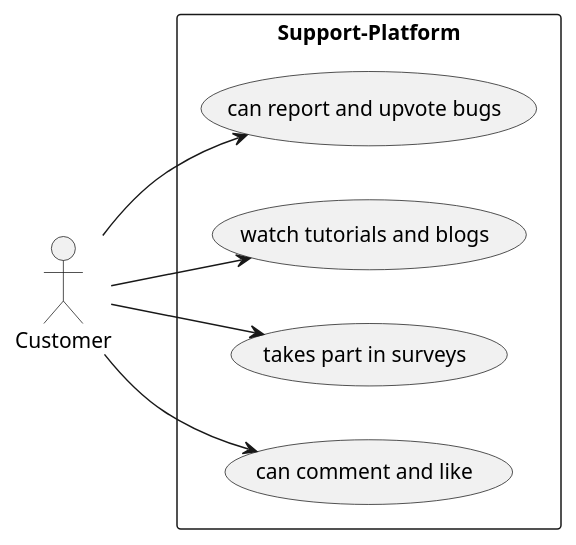
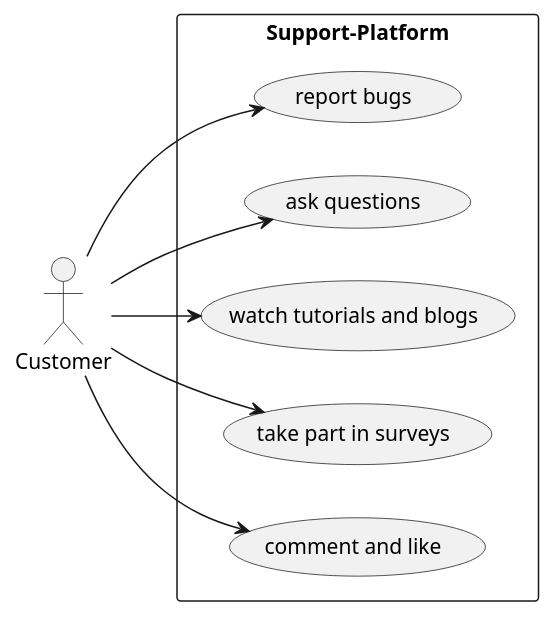
One commit to htl-leonding-project/2022-4ahif-vinitor changed the diagram in asciidocs/plantuml/use_case_customer.puml. Above: the diagram before and after it, drawn with PlantUML. The commit also changed 2 other files, not shown here.

```diff
--- a/asciidocs/plantuml/use_case_customer.puml
+++ b/asciidocs/plantuml/use_case_customer.puml
@@ -1,13 +1,14 @@
 @startuml
 'https://plantuml.com/use-case-diagram
 
 left to right direction
 :Customer:
 
 rectangle Support-Platform{
-Customer -> (can report and upvote bugs)
+Customer -> (report bugs)
+Customer --> (ask questions)
  Customer --> (watch tutorials and blogs)
- Customer --> (takes part in surveys)
- Customer --> (can comment and like)
+ Customer --> (take part in surveys)
+ Customer --> (comment and like)
 }
 @enduml
```
